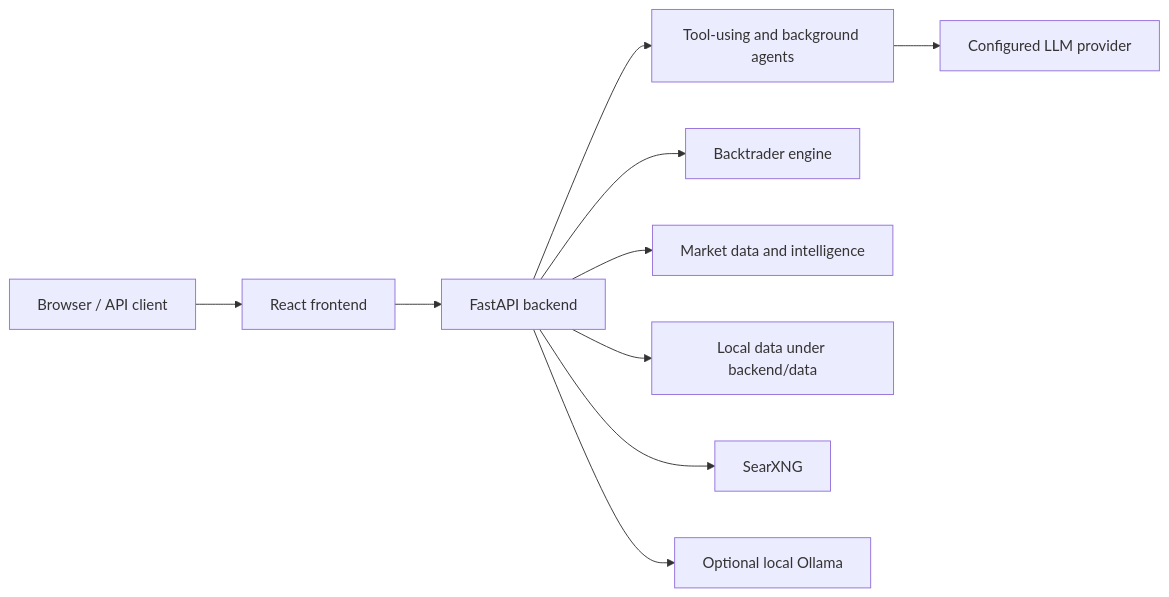
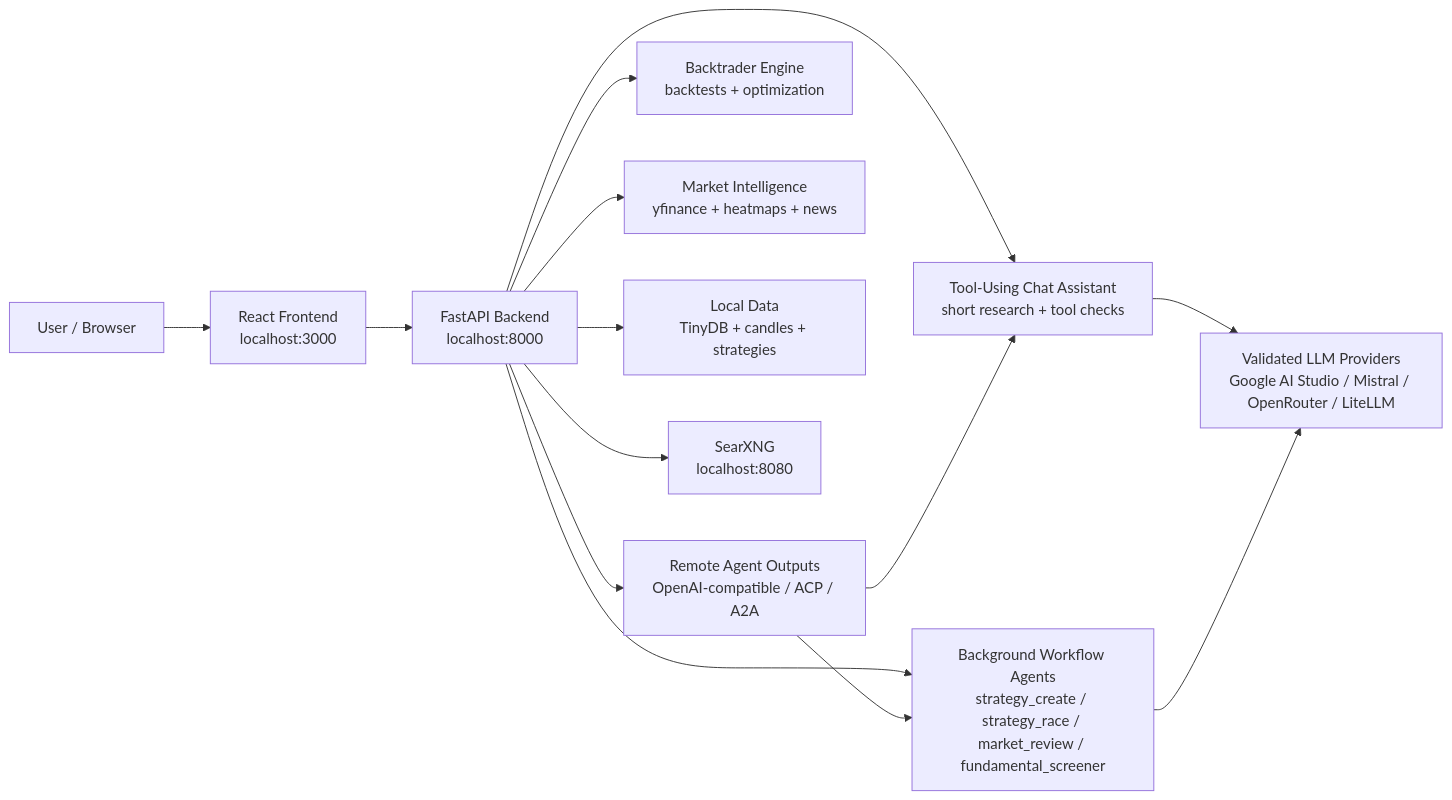
One commit to mrhustlex/TradingSpy-TradingAgentService changed the diagram in README.md. Above: the diagram before and after it, drawn with Mermaid. The commit also changed other lines of this file and 8 other files, not shown here.

````diff
--- a/README.md
+++ b/README.md
@@ -306,12 +262,16 @@
 ```mermaid
 flowchart LR
-    User["Browser / API client"] --> Frontend["React frontend"]
-    Frontend --> Backend["FastAPI backend"]
-    Backend --> Agents["Tool-using and background agents"]
-    Backend --> Backtest["Backtrader engine"]
-    Backend --> Market["Market data and intelligence"]
-    Backend --> Store["Local data under backend/data"]
-    Backend --> Search["SearXNG"]
-    Agents --> LLM["Configured LLM provider"]
-    Backend --> Ollama["Optional local Ollama"]
+    User["User / Browser"] --> Frontend["React Frontend<br/>localhost:3000"]
+    Frontend --> Backend["FastAPI Backend<br/>localhost:8000"]
+    Backend --> ChatAgent["Tool-Using Chat Assistant<br/>short research + tool checks"]
+    Backend --> WorkflowAgent["Background Workflow Agents<br/>strategy_create / strategy_race / market_review / fundamental_screener"]
+    Backend --> RemoteAgents["Remote Agent Outputs<br/>OpenAI-compatible / ACP / A2A"]
+    Backend --> Backtest["Backtrader Engine<br/>backtests + optimization"]
+    Backend --> Market["Market Intelligence<br/>yfinance + heatmaps + news"]
+    Backend --> Store["Local Data<br/>TinyDB + candles + strategies"]
+    Backend --> Search["SearXNG<br/>localhost:8080"]
+    ChatAgent --> LLM["Validated LLM Providers<br/>Google AI Studio / Mistral / OpenRouter / LiteLLM"]
+    WorkflowAgent --> LLM
+    RemoteAgents --> ChatAgent
+    RemoteAgents --> WorkflowAgent
 ```
````
